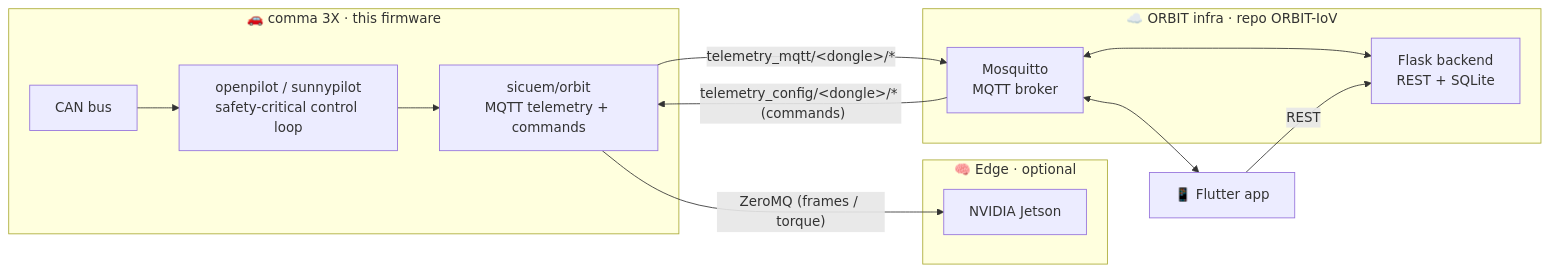
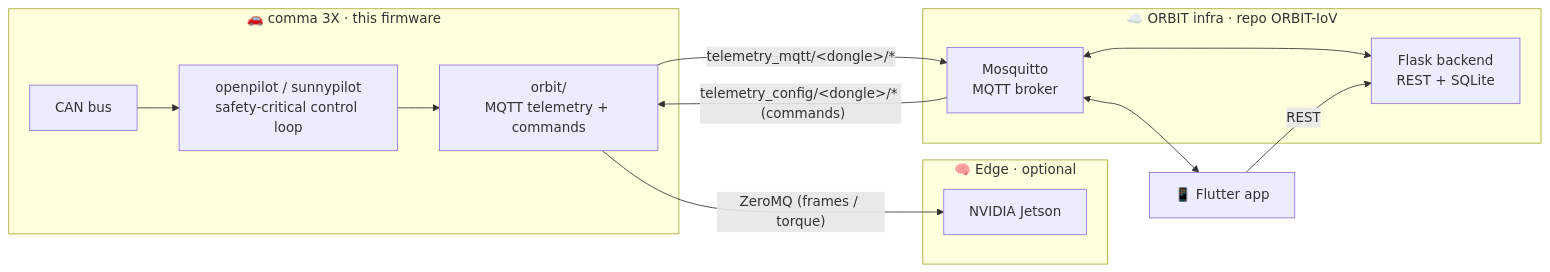
One commit to Dragoadri/openpilot changed the first of 2 diagrams in README.md. Above: the diagram before and after it, drawn with Mermaid. The commit also changed other lines of this file and 2 other files, not shown here.

First line of the commit message:
docs: README, guias y comentarios al layout orbit/ definitivo

````diff
--- a/README.md
+++ b/README.md
@@ -58,22 +58,22 @@
 ```mermaid
 flowchart LR
     subgraph CAR["🚗 comma 3X · this firmware"]
         CAN["CAN bus"] --> OP["openpilot / sunnypilot<br/>safety-critical control loop"]
-        OP --> ORB["sicuem/orbit<br/>MQTT telemetry + commands"]
+        OP --> ORB["orbit/<br/>MQTT telemetry + commands"]
     end
     subgraph EDGE["🧠 Edge · optional"]
         J["NVIDIA Jetson"]
     end
     subgraph CLOUD["☁️ ORBIT infra · repo ORBIT-IoV"]
         BR["Mosquitto<br/>MQTT broker"]
         BE["Flask backend<br/>REST + SQLite"]
     end
     APP["📱 Flutter app"]
 
     ORB -- "telemetry_mqtt/&lt;dongle&gt;/*" --> BR
     BR -- "telemetry_config/&lt;dongle&gt;/*  (commands)" --> ORB
     ORB -- "ZeroMQ (frames / torque)" --> J
     BR <--> BE
     BR <--> APP
     APP -- "REST" --> BE
 ```
````
